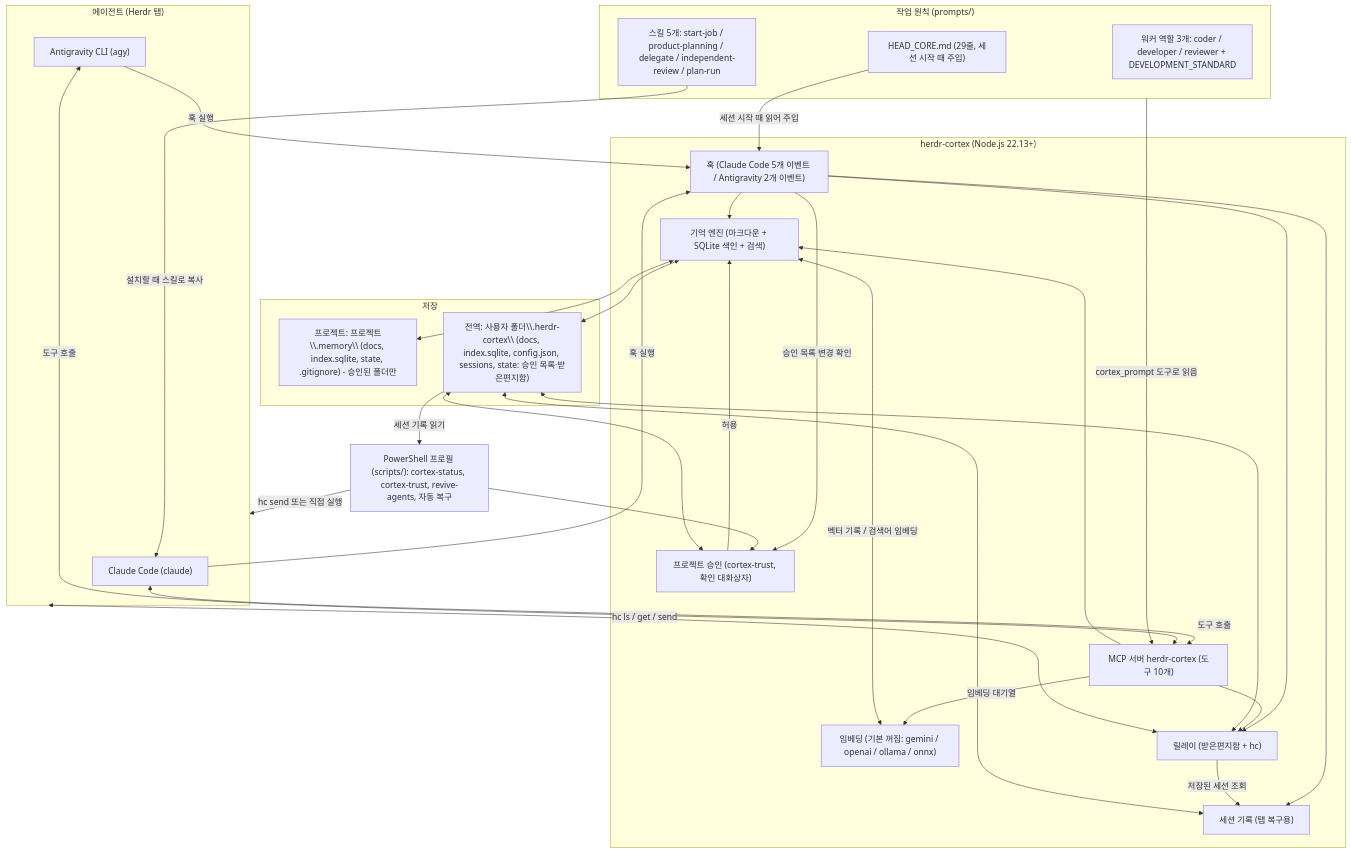
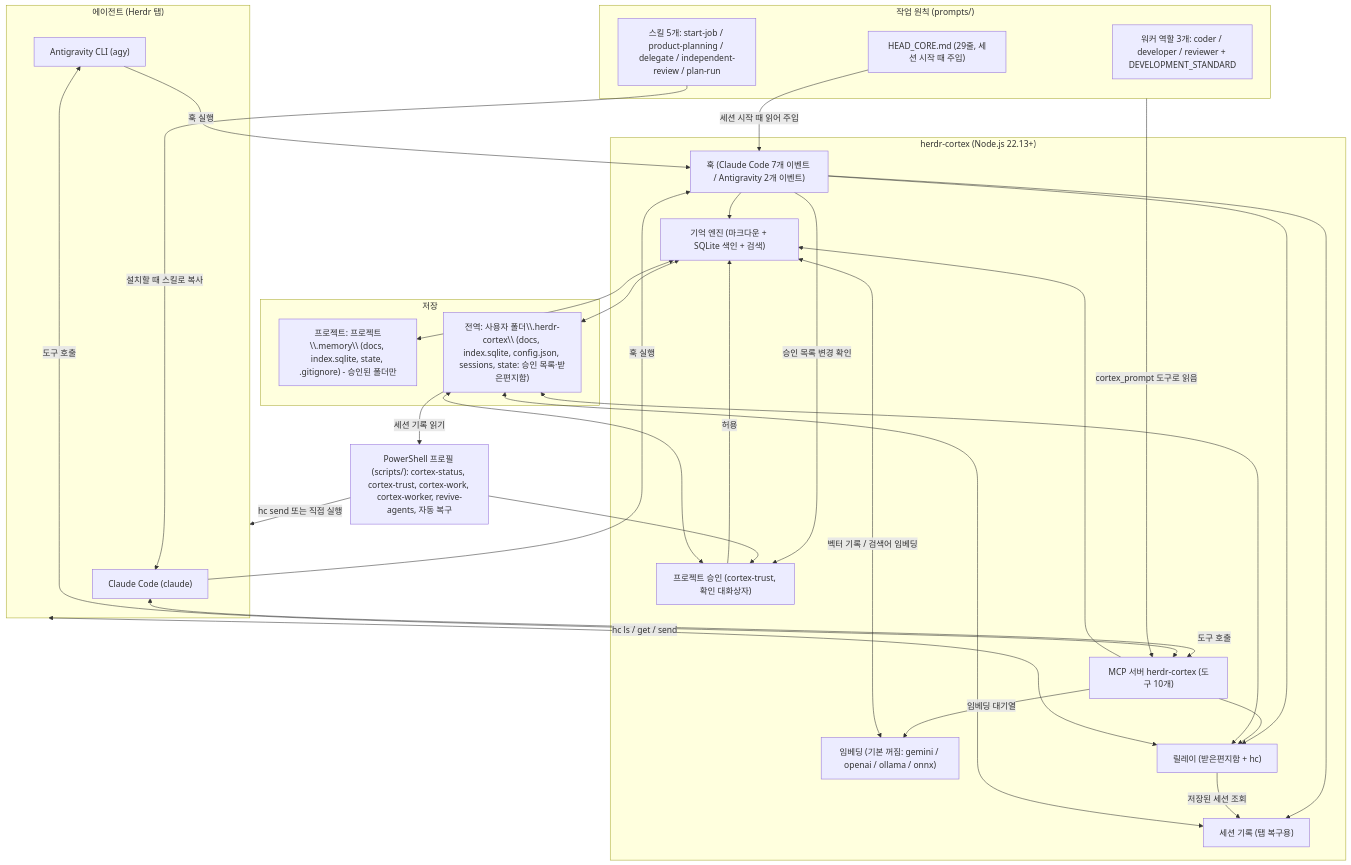
One commit to ggumtakg/herdr-cortex changed the diagram in README.md. Above: the diagram before and after it, drawn with Mermaid. The commit also changed other lines of this file and 23 other files, not shown here.

First line of the commit message:
Measure edits in a hook and hold the S/L work-size rule

````diff
--- a/README.md
+++ b/README.md
@@ -100,57 +102,57 @@
 ```mermaid
 flowchart TB
     subgraph Prompts["작업 원칙 (prompts/)"]
         HC["HEAD_CORE.md (29줄, 세션 시작 때 주입)"]
         SK["스킬 5개: start-job / product-planning / delegate / independent-review / plan-run"]
         WK["워커 역할 3개: coder / developer / reviewer + DEVELOPMENT_STANDARD"]
     end
 
     subgraph Hosts["에이전트 (Herdr 탭)"]
         CL["Claude Code (claude)"]
         AG["Antigravity CLI (agy)"]
     end
 
     subgraph Core["herdr-cortex (Node.js 22.13+)"]
         MCP["MCP 서버 herdr-cortex (도구 10개)"]
-        HOOK["훅 (Claude Code 5개 이벤트 / Antigravity 2개 이벤트)"]
+        HOOK["훅 (Claude Code 7개 이벤트 / Antigravity 2개 이벤트)"]
         TRUST["프로젝트 승인 (cortex-trust, 확인 대화상자)"]
         MEM["기억 엔진 (마크다운 + SQLite 색인 + 검색)"]
         EMB["임베딩 (기본 꺼짐: gemini / openai / ollama / onnx)"]
         REL["릴레이 (받은편지함 + hc)"]
         REV["세션 기록 (탭 복구용)"]
     end
 
     subgraph Storage["저장"]
         PM["프로젝트: 프로젝트\\.memory\\ (docs, index.sqlite, state, .gitignore) - 승인된 폴더만"]
         GM["전역: 사용자 폴더\\.herdr-cortex\\ (docs, index.sqlite, config.json, sessions, state: 승인 목록·받은편지함)"]
     end
 
-    PS["PowerShell 프로필 (scripts/): cortex-status, cortex-trust, revive-agents, 자동 복구"]
+    PS["PowerShell 프로필 (scripts/): cortex-status, cortex-trust, cortex-work, cortex-worker, revive-agents, 자동 복구"]
 
     HC -->|"세션 시작 때 읽어 주입"| HOOK
     Prompts -->|"cortex_prompt 도구로 읽음"| MCP
     SK -->|"설치할 때 스킬로 복사"| CL
     CL <-->|"도구 호출"| MCP
     AG <-->|"도구 호출"| MCP
     CL -->|"훅 실행"| HOOK
     AG -->|"훅 실행"| HOOK
     HOOK --> MEM
     HOOK --> REL
     HOOK --> REV
     HOOK -->|"승인 목록 변경 확인"| TRUST
     MCP --> MEM
     MCP --> REL
     MCP -->|"임베딩 대기열"| EMB
     EMB <-->|"벡터 기록 / 검색어 임베딩"| MEM
     TRUST -->|"허용"| MEM
     MEM <--> PM
     MEM <--> GM
     REL <--> GM
     REL -->|"저장된 세션 조회"| REV
     REV <--> GM
     TRUST <--> GM
     REL <-->|"hc ls / get / send"| Hosts
     PS --> TRUST
     GM -->|"세션 기록 읽기"| PS
     PS -->|"hc send 또는 직접 실행"| Hosts
 ```
````
